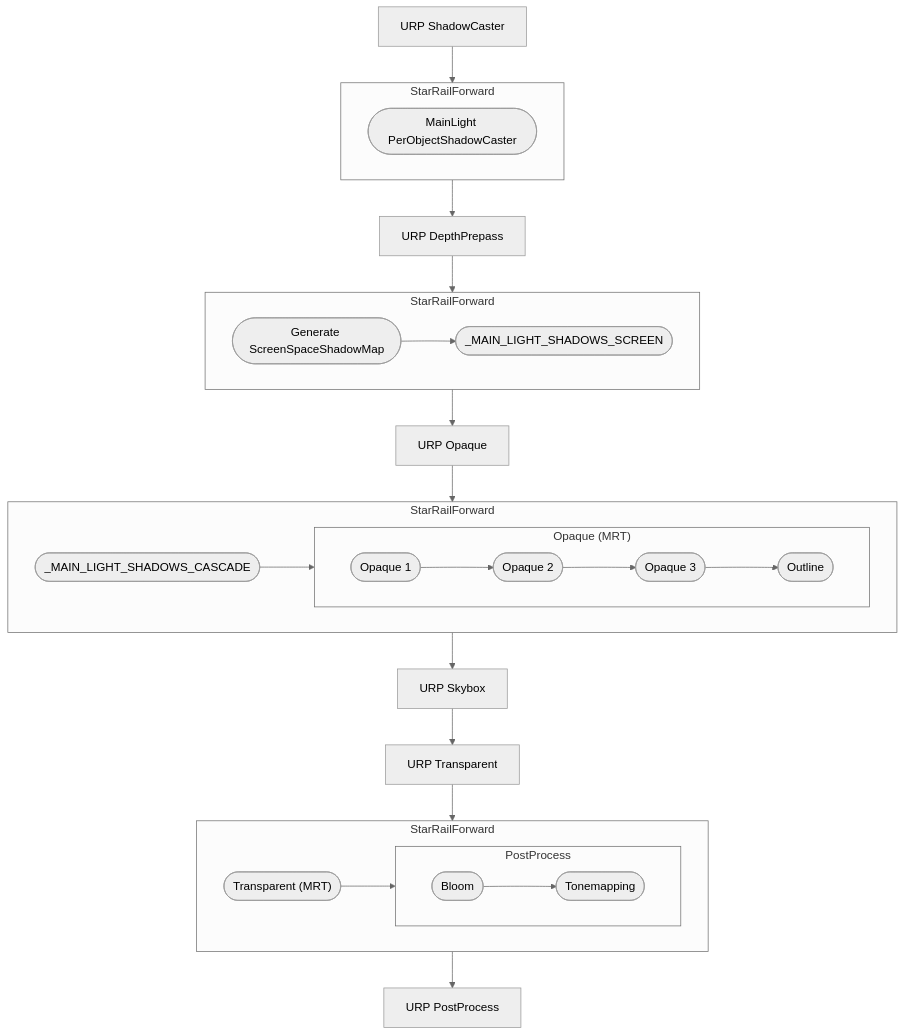
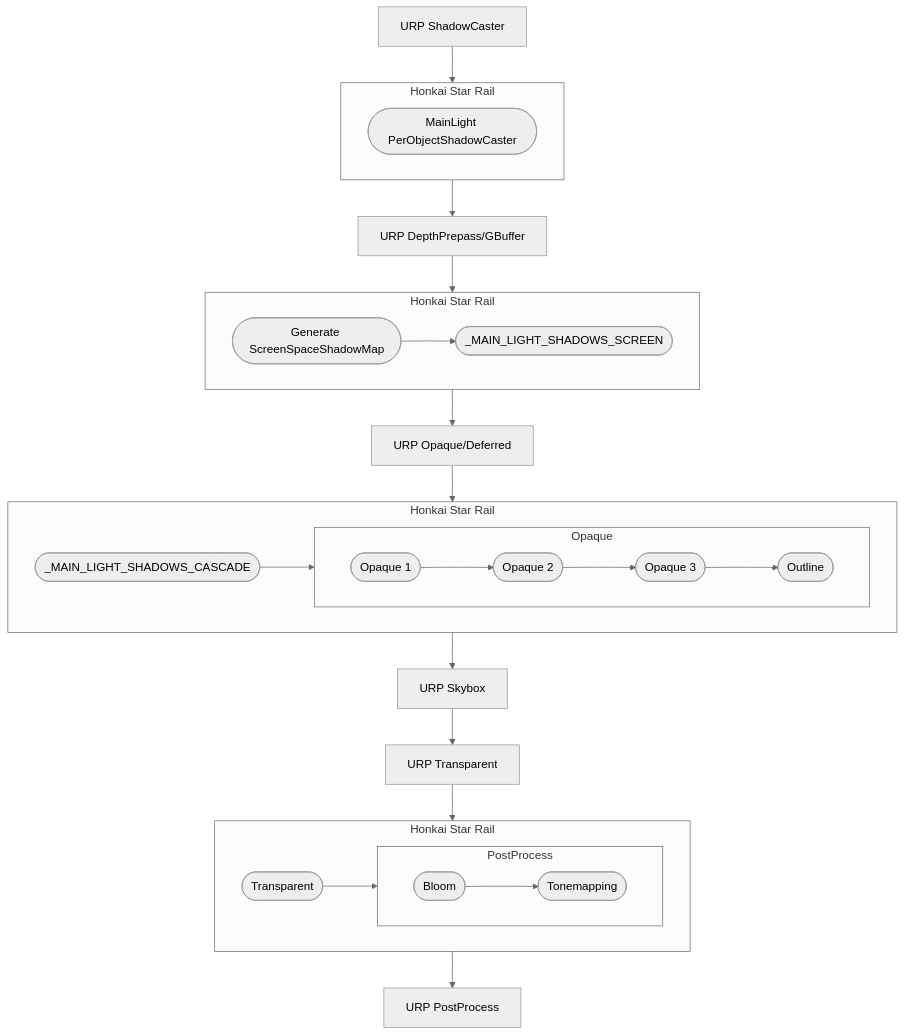
The diagram in Documentation~/en-us/a-rough-flow-chart-of-this-pipeline.md (stalomeow/StarRailNPRShader), drawn with Mermaid (neutral theme) before and after one commit. The commit also changed other lines of this file and 6 other files, not shown here.

````diff
--- a/Documentation~/en-us/a-rough-flow-chart-of-this-pipeline.md
+++ b/Documentation~/en-us/a-rough-flow-chart-of-this-pipeline.md
@@ -5,46 +3,46 @@
 ``` mermaid
 flowchart TD
     URPShadowCaster[URP ShadowCaster] --> StarRail1
-    
-    subgraph StarRail1[StarRailForward]
+
+    subgraph StarRail1[Honkai Star Rail]
         PerObjShadowCaster([MainLight PerObjectShadowCaster])
     end
 
-    StarRail1 --> URPDepthPrepass[URP DepthPrepass]
-    URPDepthPrepass --> StarRail2
+    StarRail1 --> URPDepthPrepassOrGBuffer[URP DepthPrepass/GBuffer]
+    URPDepthPrepassOrGBuffer --> StarRail2
 
-    subgraph StarRail2[StarRailForward]
+    subgraph StarRail2[Honkai Star Rail]
         ScreenSpaceShadow([Generate ScreenSpaceShadowMap]) --> ScreenSpaceShadowKeyword
         ScreenSpaceShadowKeyword([_MAIN_LIGHT_SHADOWS_SCREEN])
     end
 
-    StarRail2 --> URPOpaque[URP Opaque]
-    URPOpaque --> StarRail3
+    StarRail2 --> URPOpaqueOrDeferred[URP Opaque/Deferred]
+    URPOpaqueOrDeferred --> StarRail3
 
-    subgraph StarRail3[StarRailForward]
+    subgraph StarRail3[Honkai Star Rail]
         CascadedShadow(["_MAIN_LIGHT_SHADOWS_CASCADE"])
         CascadedShadow --> SROpaque
 
-        subgraph SROpaque["Opaque (MRT)"]
+        subgraph SROpaque["Opaque"]
             direction LR
             SROpaque1([Opaque 1]) --> SROpaque2([Opaque 2])
             SROpaque2 --> SROpaque3([Opaque 3])
             SROpaque3 --> SROpaqueOutline([Outline])
         end
     end
 
     StarRail3 --> URPSkybox[URP Skybox]
     URPSkybox --> URPTransparent[URP Transparent]
     URPTransparent --> StarRail4
 
-    subgraph StarRail4[StarRailForward]
-        SRTransparent(["Transparent (MRT)"]) --> SRPost
-    
+    subgraph StarRail4[Honkai Star Rail]
+        SRTransparent(["Transparent"]) --> SRPost
+
         subgraph SRPost[PostProcess]
             direction LR
             SRBloom([Bloom]) --> SRTonemapping([Tonemapping])
         end
     end
 
     StarRail4 --> URPPost[URP PostProcess]
 ```
````
